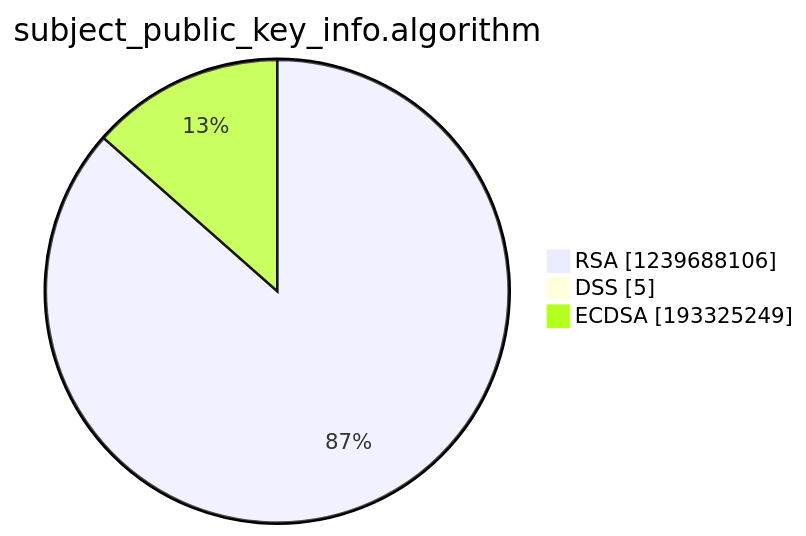
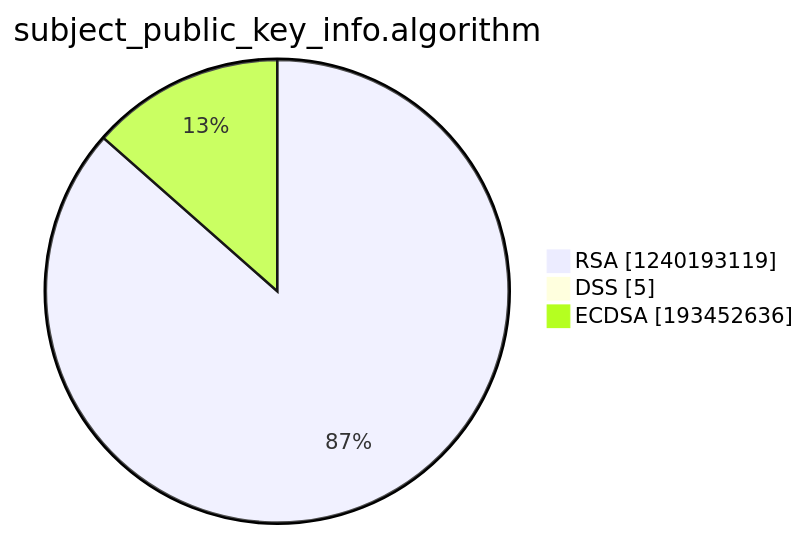
One commit to christiankrug/ctmonitor_visualization changed the third of 15 diagrams in argon2022/README.md. Above: the diagram before and after it, drawn with Mermaid. The commit also changed other lines of this file, not shown here.

````diff
--- a/argon2022/README.md
+++ b/argon2022/README.md
@@ -14,7 +14,7 @@
 ```mermaid
 pie showData
 title subject_public_key_info.algorithm
-"RSA" :1239688106
+"RSA" :1240193119
 "DSS" :5
-"ECDSA" :193325249
+"ECDSA" :193452636
 ```
````
